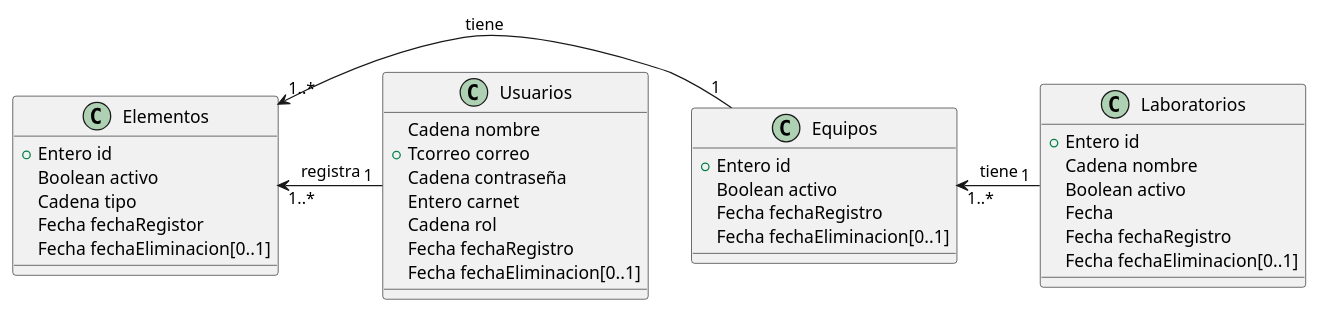
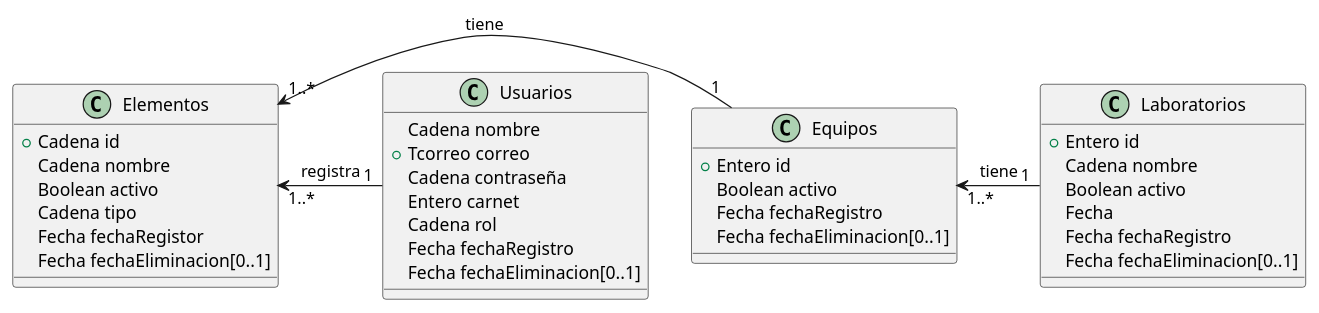
The diagram in modeloBaseDatos.puml (proyectocvds2019/NGCM), drawn with PlantUML before and after one commit. The commit also changed 10 other files, not shown here.

```diff
--- a/modeloBaseDatos.puml
+++ b/modeloBaseDatos.puml
@@ -1,40 +1,41 @@
 @startuml
 class Usuarios{
 	Cadena nombre
 	+ Tcorreo correo
 	Cadena contraseña
 	Entero carnet
 	Cadena rol
 	Fecha fechaRegistro
 	Fecha fechaEliminacion[0..1]
 }
 
 class Laboratorios{
 	+ Entero id
 	Cadena nombre
 	Boolean activo
 	Fecha
 	Fecha fechaRegistro
 	Fecha fechaEliminacion[0..1]
 }
 
 class Equipos{
 	+ Entero id
 	Boolean activo
 	Fecha fechaRegistro
 	Fecha fechaEliminacion[0..1]
 }
 
 
 class Elementos{
-	+ Entero id
+	+ Cadena id
+	Cadena nombre
 	Boolean activo
 	Cadena tipo
 	Fecha fechaRegistor
 	Fecha fechaEliminacion[0..1]
 }
 
 Elementos "1..*" <- "1" Equipos : tiene
 Equipos "1..*" <- "1" Laboratorios : tiene
 Elementos "1..*" <- "1" Usuarios : registra
 @enduml
```
